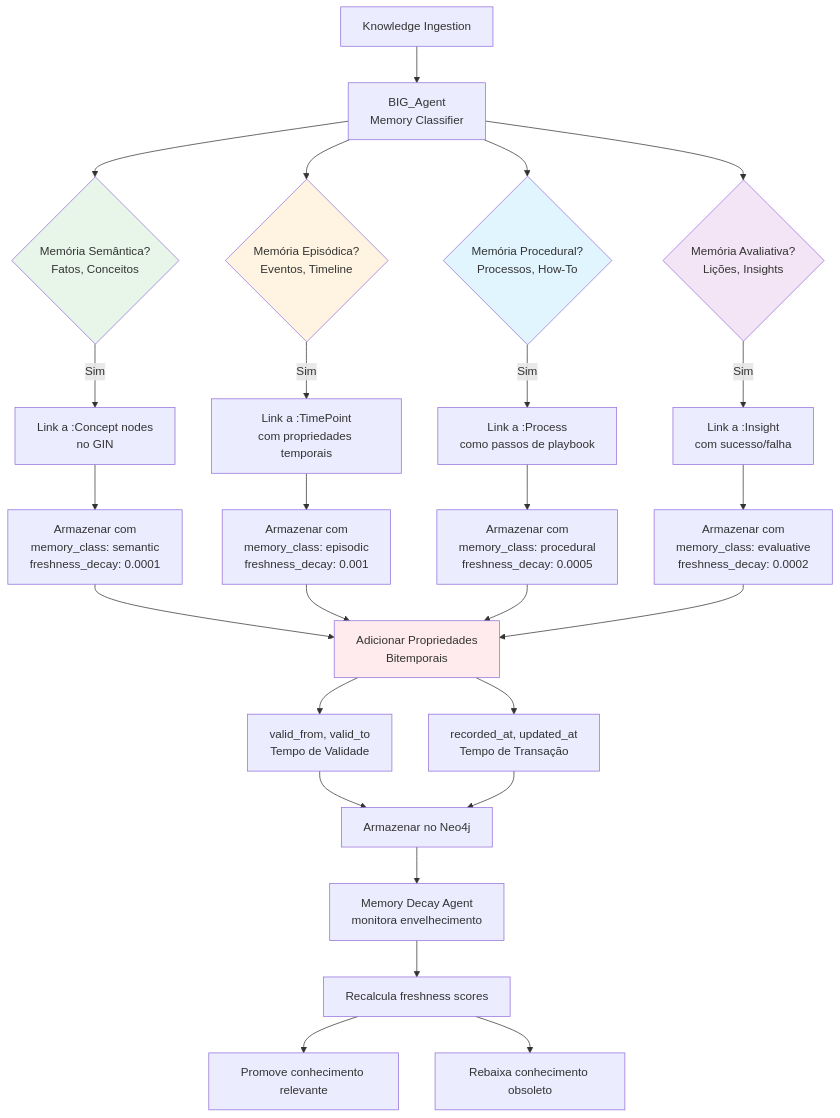
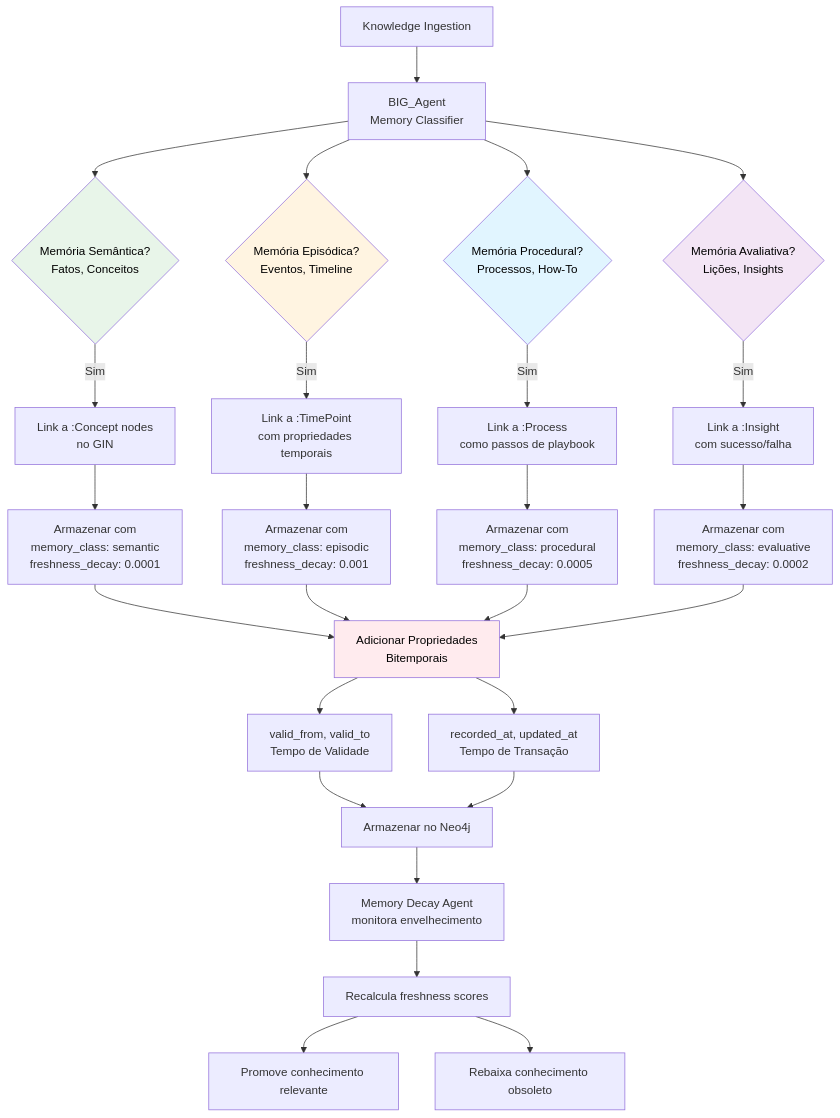
One commit to Trindade11/Teste changed diagram 13 of 27 in learning/livro_nivel2.md. Above: the diagram before and after it, drawn with Mermaid. The commit also changed other lines of this file and 5 other files, not shown here.

````diff
--- a/learning/livro_nivel2.md
+++ b/learning/livro_nivel2.md
@@ -2316,41 +3346,41 @@
 ```mermaid
 flowchart TD
     Knowledge[Knowledge Ingestion] --> Classifier[BIG_Agent<br/>Memory Classifier]
     
     Classifier --> Semantic{Memória Semântica?<br/>Fatos, Conceitos}
     Classifier --> Episodic{Memória Episódica?<br/>Eventos, Timeline}
     Classifier --> Procedural{Memória Procedural?<br/>Processos, How-To}
     Classifier --> Evaluative{Memória Avaliativa?<br/>Lições, Insights}
     
     Semantic -->|Sim| LinkConcept[Link a :Concept nodes<br/>no GIN]
     Episodic -->|Sim| LinkTimePoint[Link a :TimePoint<br/>com propriedades temporais]
     Procedural -->|Sim| LinkProcess[Link a :Process<br/>como passos de playbook]
     Evaluative -->|Sim| LinkInsight[Link a :Insight<br/>com sucesso/falha]
     
     LinkConcept --> StoreSemantic[Armazenar com<br/>memory_class: semantic<br/>freshness_decay: 0.0001]
     LinkTimePoint --> StoreEpisodic[Armazenar com<br/>memory_class: episodic<br/>freshness_decay: 0.001]
     LinkProcess --> StoreProcedural[Armazenar com<br/>memory_class: procedural<br/>freshness_decay: 0.0005]
     LinkInsight --> StoreEvaluative[Armazenar com<br/>memory_class: evaluative<br/>freshness_decay: 0.0002]
     
     StoreSemantic --> Bitemporal[Adicionar Propriedades<br/>Bitemporais]
     StoreEpisodic --> Bitemporal
     StoreProcedural --> Bitemporal
     StoreEvaluative --> Bitemporal
     
     Bitemporal --> ValidTime[valid_from, valid_to<br/>Tempo de Validade]
     Bitemporal --> TransactionTime[recorded_at, updated_at<br/>Tempo de Transação]
     
     ValidTime --> Neo4j[Armazenar no Neo4j]
     TransactionTime --> Neo4j
     
     Neo4j --> DecayAgent[Memory Decay Agent<br/>monitora envelhecimento]
     DecayAgent --> Recalc[Recalcula freshness scores]
     Recalc --> Promote[Promove conhecimento relevante]
     Recalc --> Demote[Rebaixa conhecimento obsoleto]
     
-    style Semantic fill:#e8f5e9
-    style Episodic fill:#fff4e1
-    style Procedural fill:#e1f5ff
-    style Evaluative fill:#f3e5f5
-    style Bitemporal fill:#ffebee
+    style Semantic fill:#e8f5e9,color:#000
+    style Episodic fill:#fff4e1,color:#000
+    style Procedural fill:#e1f5ff,color:#000
+    style Evaluative fill:#f3e5f5,color:#000
+    style Bitemporal fill:#ffebee,color:#000
 ```
````
